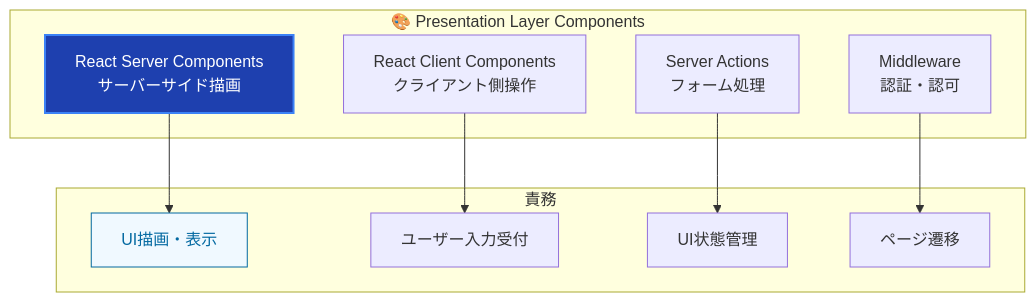
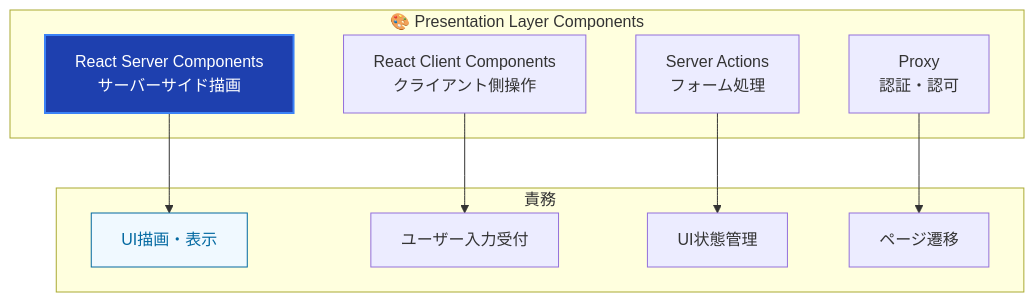
One commit to derushio/d-next-ddd-example changed the seventh of 14 diagrams in _DOCS/architecture/layers/overview.md. Above: the diagram before and after it, drawn with Mermaid. The commit also changed other lines of this file and 102 other files, not shown here.

````diff
--- a/_DOCS/architecture/layers/overview.md
+++ b/_DOCS/architecture/layers/overview.md
@@ -233,24 +232,24 @@
 ```mermaid
 graph TB
     subgraph "🎨 Presentation Layer Components"
         RSC[React Server Components<br/>サーバーサイド描画]
         RCC[React Client Components<br/>クライアント側操作]
         SA[Server Actions<br/>フォーム処理]
-        MIDDLEWARE[Middleware<br/>認証・認可]
+        PROXY[Proxy<br/>認証・認可]
     end
 
     subgraph "責務"
         UI_RENDER[UI描画・表示]
         USER_INPUT[ユーザー入力受付]
         STATE_MGMT[UI状態管理]
         ROUTING[ページ遷移]
     end
 
     RSC --> UI_RENDER
     RCC --> USER_INPUT
     SA --> STATE_MGMT
-    MIDDLEWARE --> ROUTING
+    PROXY --> ROUTING
 
     style RSC fill:#1e40af,stroke:#3b82f6,stroke-width:2px,color:#ffffff
     style UI_RENDER fill:#f0f9ff,stroke:#0369a1,stroke-width:1px,color:#0369a1
 ```
````
